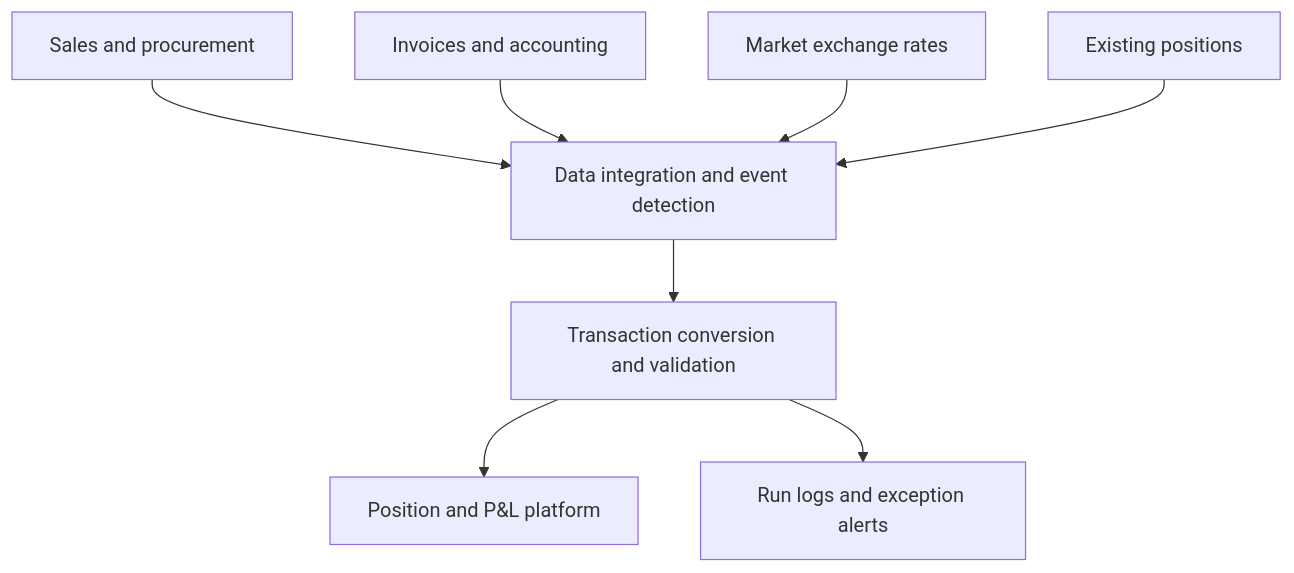
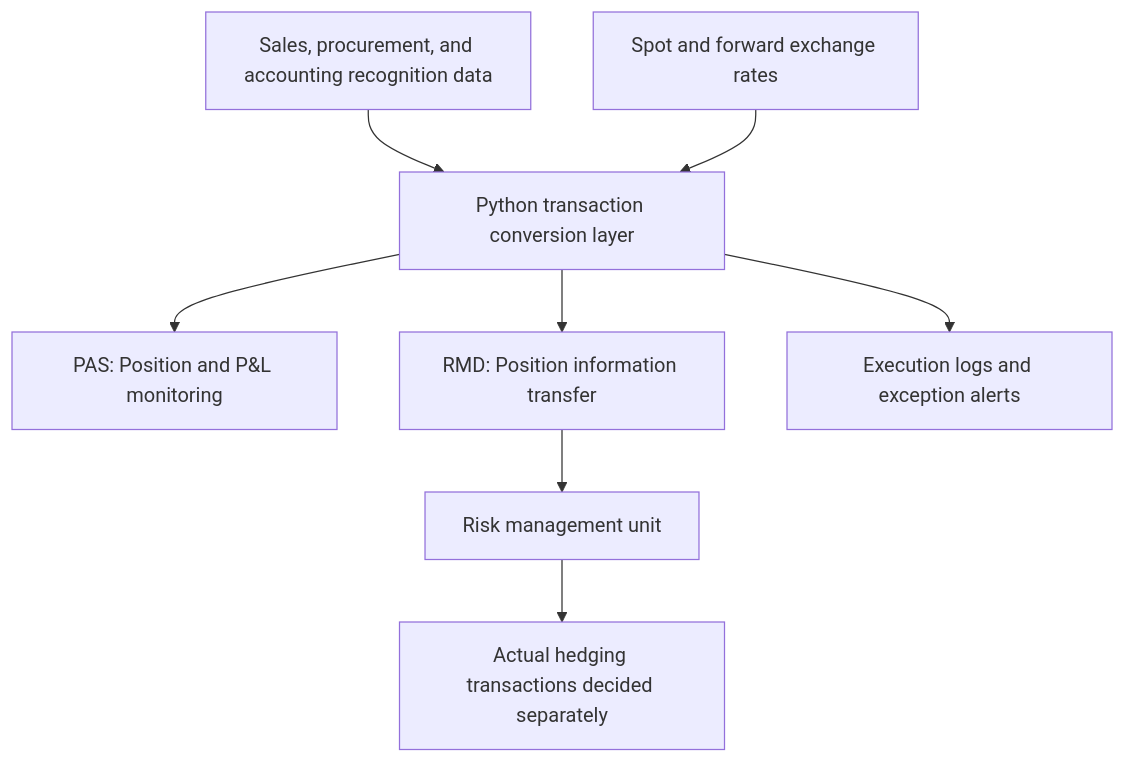
Before and after one commit to ChienChienChien/FX_Hedging_Automation: the diagram in README.md, drawn with Mermaid. The commit also changed other lines of this file, not shown here.

````diff
--- a/README.md
+++ b/README.md
@@ -49,10 +50,12 @@
 ```mermaid
 flowchart TB
-    A["Sales and procurement"] --> E["Data integration and event detection"]
-    B["Invoices and accounting"] --> E
-    C["Market exchange rates"] --> E
-    D["Existing positions"] --> E
-    E --> F["Transaction conversion and validation"]
-    F --> G["Position and P&L platform"]
-    F --> H["Run logs and exception alerts"]
+    A["Sales, procurement, and accounting recognition data"] --> D["Python transaction conversion layer"]
+    B["Spot and forward exchange rates"] --> D
+
+    D --> E["PAS: Position and P&L monitoring"]
+    D --> F["RMD: Position information transfer"]
+    D --> G["Execution logs and exception alerts"]
+
+    F --> H["Risk management unit"]
+    H --> I["Actual hedging transactions decided separately"]
 ```
````
